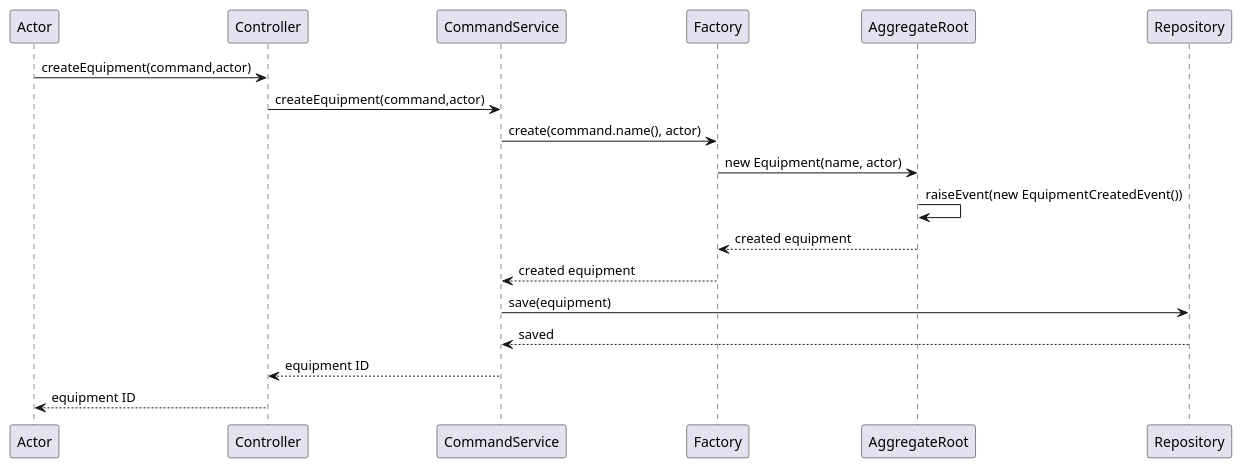
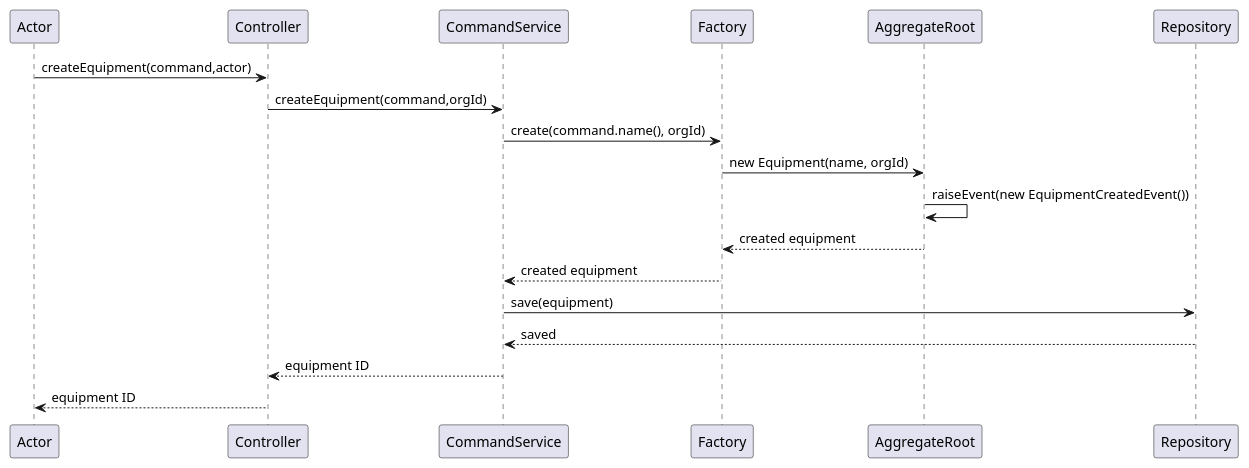
The first of 7 diagrams in adr/005_unified_request_process_flow.md (davenkin/andy-springboot4-template), drawn with PlantUML before and after one commit. The commit also changed other lines of this file and 2 other files, not shown here.

````diff
--- a/adr/005_unified_request_process_flow.md
+++ b/adr/005_unified_request_process_flow.md
@@ -40,15 +40,15 @@
 ```plantuml
 @startuml
 Actor -> Controller: createEquipment(command,actor)
-Controller -> CommandService: createEquipment(command,actor)
-CommandService -> Factory: create(command.name(), actor)
-Factory -> AggregateRoot: new Equipment(name, actor)
+Controller -> CommandService: createEquipment(command,orgId)
+CommandService -> Factory: create(command.name(), orgId)
+Factory -> AggregateRoot: new Equipment(name, orgId)
 AggregateRoot -> AggregateRoot: raiseEvent(new EquipmentCreatedEvent())
 AggregateRoot --> Factory: created equipment
 Factory --> CommandService: created equipment
 CommandService -> Repository: save(equipment)
 Repository --> CommandService: saved
 CommandService --> Controller: equipment ID
 Controller --> Actor: equipment ID
 @enduml
 ```
````
